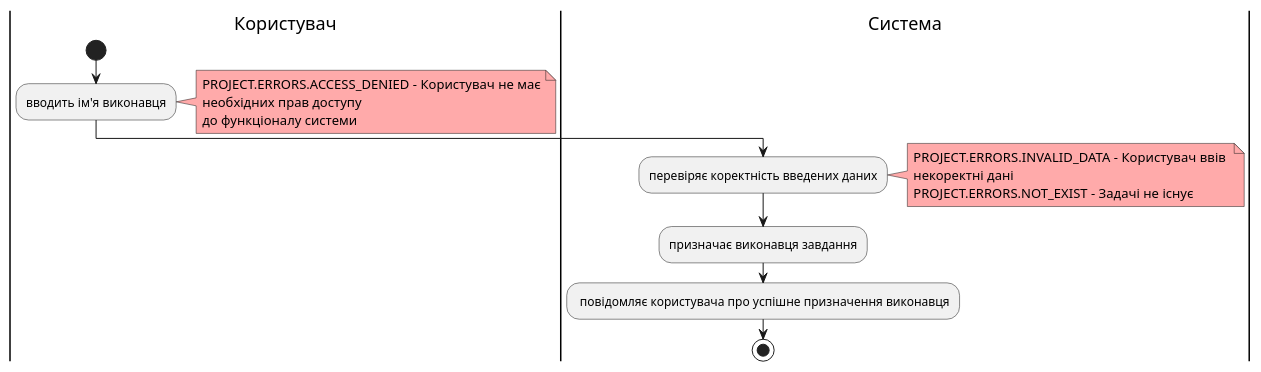
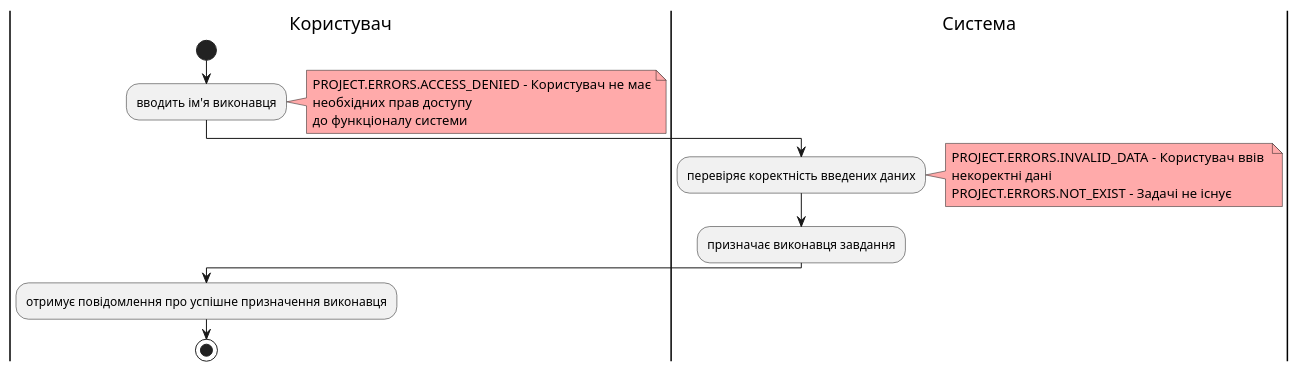
One commit to yarikkot04/Sup changed diagram 12 of 23 in docs/use cases/README.md. Above: the diagram before and after it, drawn with PlantUML. The commit also changed other lines of this file and 1 other file, not shown here.

```diff
--- a/docs/use cases/README.md
+++ b/docs/use cases/README.md
@@ -525,21 +530,22 @@
 @startuml
     
     |Користувач|
      start 
       :вводить ім'я виконавця;
        note right #ffaaaa
        PROJECT.ERRORS.ACCESS_DENIED - Користувач не має
        необхідних прав доступу
        до функціоналу системи
        end note
     |Система|
       :перевіряє коректність введених даних;
        note right #ffaaaa
        PROJECT.ERRORS.INVALID_DATA - Користувач ввів 
        некоректні дані
        PROJECT.ERRORS.NOT_EXIST - Задачі не існує
        end note
       :призначає виконавця завдання;
-      : повідомляє користувача про успішне призначення виконавця;
+    |Користувач|
+       :отримує повідомлення про успішне призначення виконавця;
      stop;
 @enduml
```
